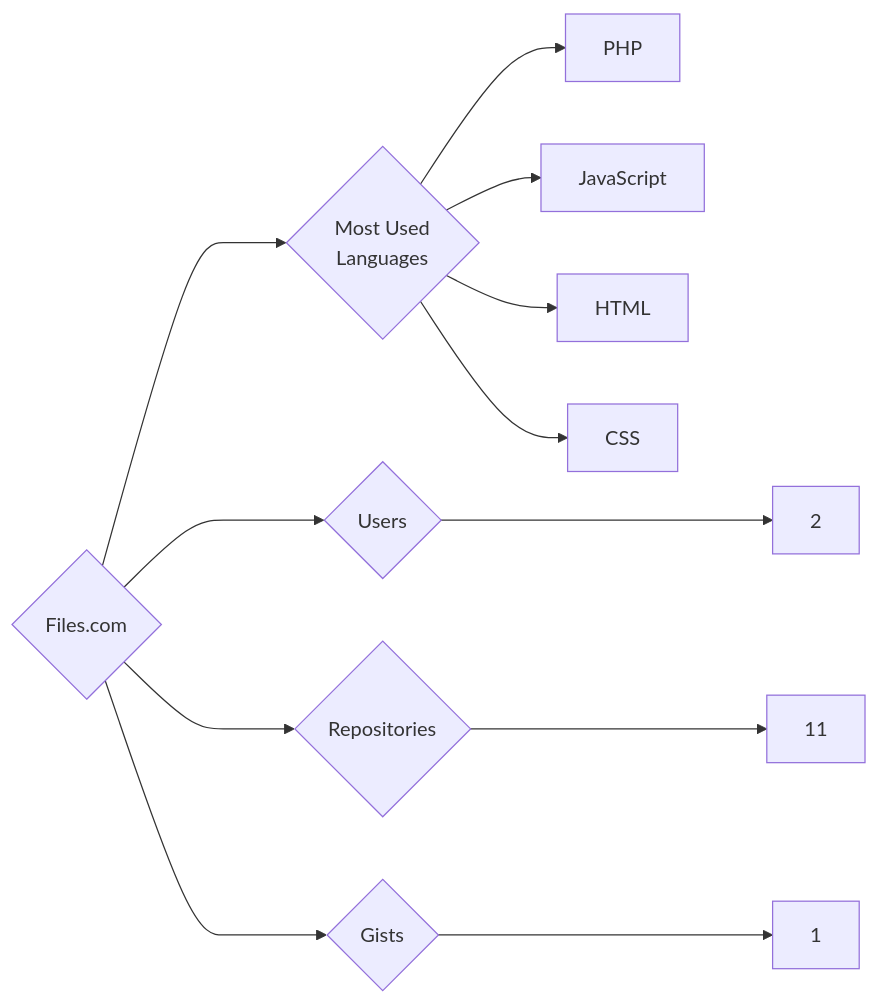
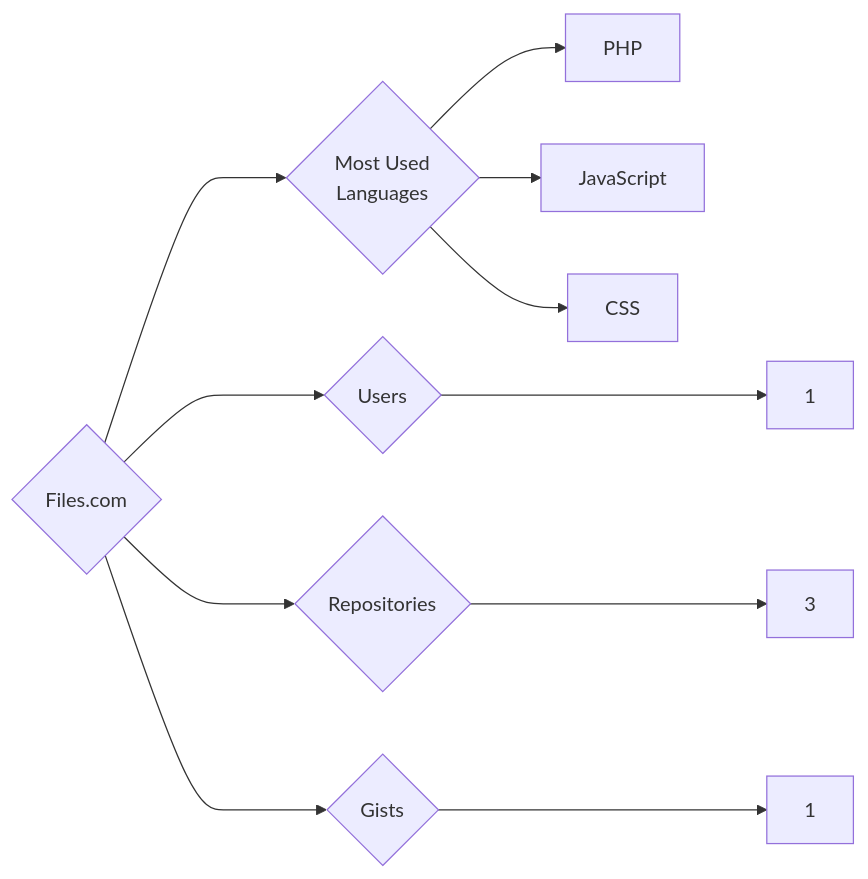
Before and after one commit to trickest/insiders: the diagram in targets/Files.com/README.md, drawn with Mermaid. The commit also changed 894 other files, not shown here.

````diff
--- a/targets/Files.com/README.md
+++ b/targets/Files.com/README.md
@@ -3,12 +3,11 @@
 ```mermaid
 graph LR
 COMPANY_NAME{Files.com}
-COMPANY_NAME ---> U{Users} ---> UN[2]
-COMPANY_NAME ---> R{Repositories} ---> RN[11]
+COMPANY_NAME ---> U{Users} ---> UN[1]
+COMPANY_NAME ---> R{Repositories} ---> RN[3]
 COMPANY_NAME ---> G{Gists} ---> GN[1]
 COMPANY_NAME ---> ML{Most Used<br>Languages}
 ML --> PHP[PHP]
 ML --> JavaScript[JavaScript]
-ML --> HTML[HTML]
 ML --> CSS[CSS]
 ```
````
